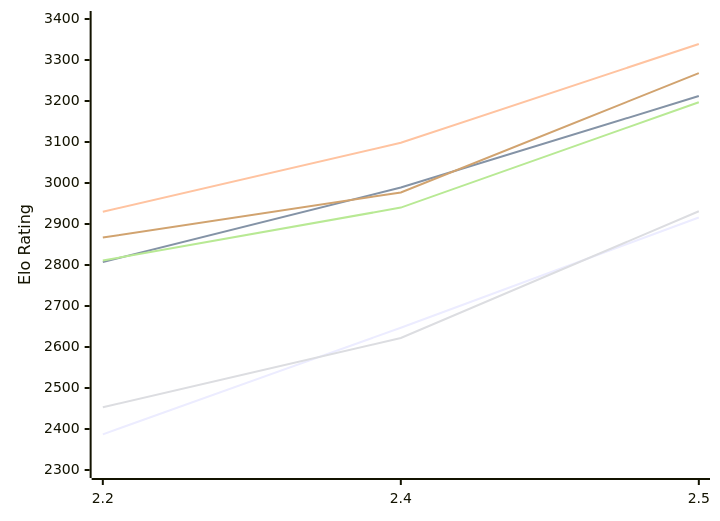
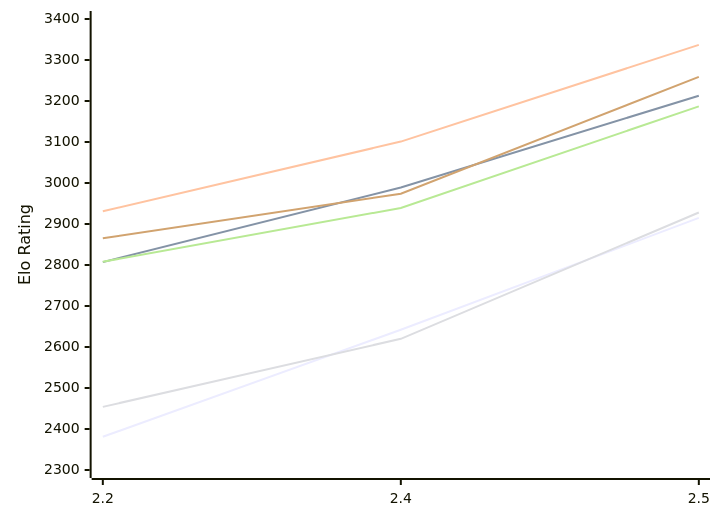
Before and after one commit to computer-chess-index/cci: the first of 2 diagrams in engines/Sloth.md, drawn with Mermaid. The commit also changed other lines of this file, not shown here.

Commit message:
Update CCI Ratings (ELO VLTC) - 2026-11-15

````diff
--- a/engines/Sloth.md
+++ b/engines/Sloth.md
@@ -52,12 +52,12 @@
 ```mermaid
 %%{init: {"theme":"base","themeVariables":{"seriesColors:['#a3a3a3','#222221','#faa371']}}}%%
 xychart-beta
   x-axis ["2.2", "2.4", "2.5"]
   y-axis "Elo Rating" 2300 --> 3400
-  line "E1: STC (8.0+0.08s)" [2387, 2647, 2916]
-  line "E1: LTC (60.0+0.60s)" [2807, 2989, 3212]
-  line "E1: VLTC (2m24s+1.12s)" [2930, 3098, 3339]
-  line "P1: STC (8.0+0.08s)" [2453, 2622, 2931]
-  line "P1: LTC (60.0+0.60s)" [2811, 2940, 3197]
-  line "P1: VLTC (2m24s+1.12s)" [2867, 2977, 3268]
+  line "E1: STC (8.0+0.08s)" [2381, 2642, 2915]
+  line "E1: LTC (60.0+0.60s)" [2807, 2989, 3213]
+  line "E1: VLTC (2m24s+1.12s)" [2931, 3101, 3337]
+  line "P1: STC (8.0+0.08s)" [2454, 2620, 2928]
+  line "P1: LTC (60.0+0.60s)" [2808, 2939, 3187]
+  line "P1: VLTC (2m24s+1.12s)" [2865, 2974, 3259]
 ```
````
